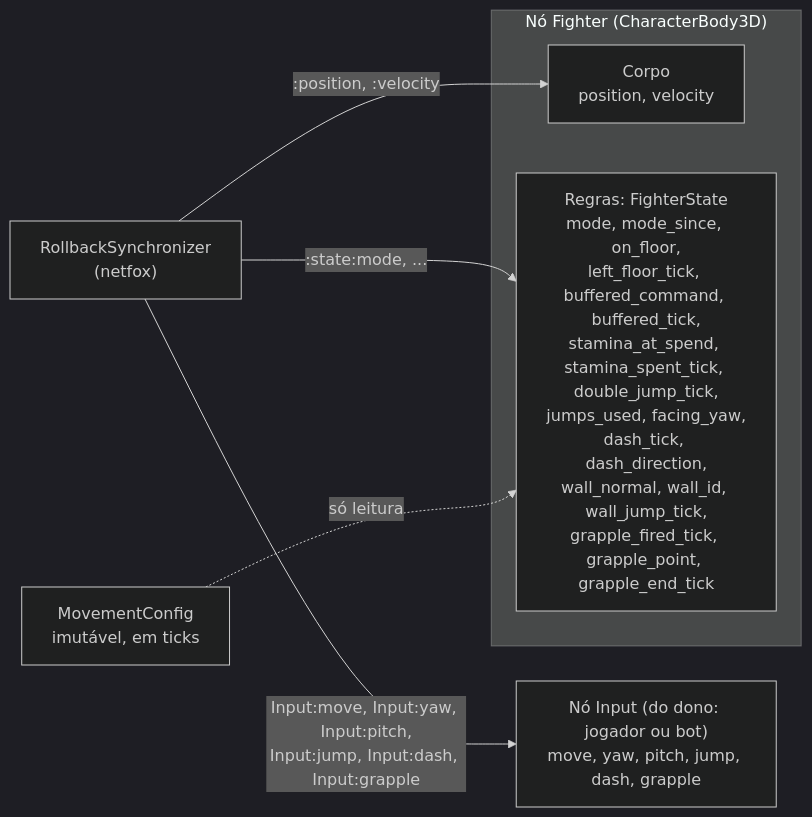
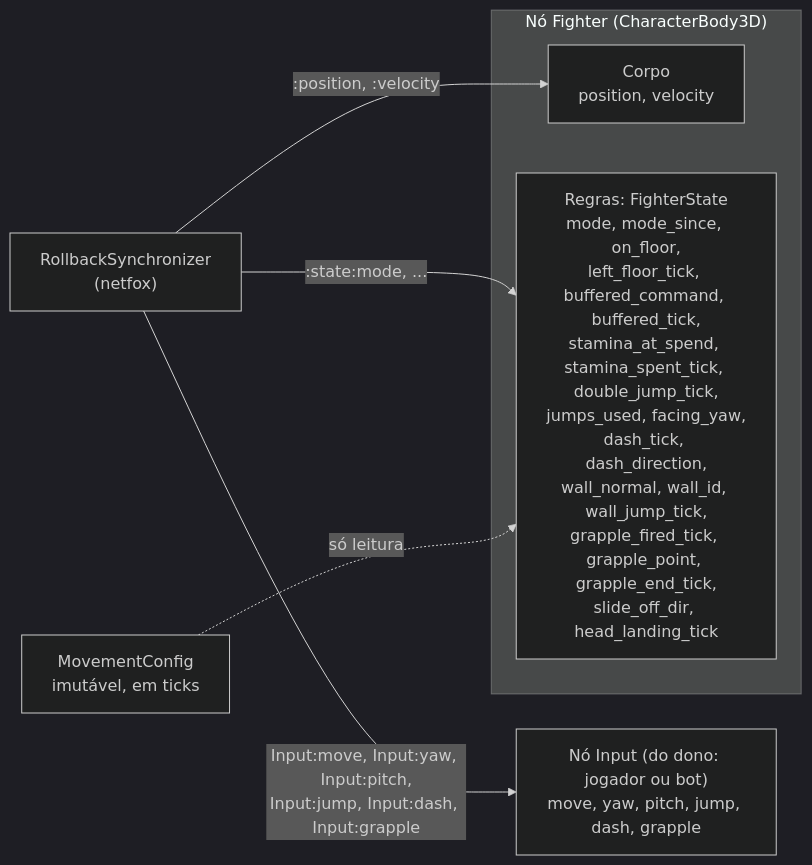
Before and after one commit to Kibryant/jogo-acrobatico: the second of 5 diagrams in docs/arquitetura/visao-geral.md, drawn with Mermaid (dark theme). The commit also changed other lines of this file and 24 other files, not shown here.

````diff
--- a/docs/arquitetura/visao-geral.md
+++ b/docs/arquitetura/visao-geral.md
@@ -76,14 +76,14 @@
 ```mermaid
 flowchart LR
   subgraph fighter["Nó Fighter (CharacterBody3D)"]
     corpo["Corpo<br/>position, velocity"]
-    regras["Regras: FighterState<br/>mode, mode_since, on_floor,<br/>left_floor_tick, buffered_command, buffered_tick,<br/>stamina_at_spend, stamina_spent_tick, double_jump_tick,<br/>jumps_used, facing_yaw,<br/>dash_tick, dash_direction,<br/>wall_normal, wall_id, wall_jump_tick,<br/>grapple_fired_tick, grapple_point, grapple_end_tick"]
+    regras["Regras: FighterState<br/>mode, mode_since, on_floor,<br/>left_floor_tick, buffered_command, buffered_tick,<br/>stamina_at_spend, stamina_spent_tick, double_jump_tick,<br/>jumps_used, facing_yaw,<br/>dash_tick, dash_direction,<br/>wall_normal, wall_id, wall_jump_tick,<br/>grapple_fired_tick, grapple_point, grapple_end_tick,<br/>slide_off_dir, head_landing_tick"]
   end
   input["Nó Input (do dono: jogador ou bot)<br/>move, yaw, pitch, jump, dash, grapple"]
   config["MovementConfig<br/>imutável, em ticks"]
   rbs["RollbackSynchronizer<br/>(netfox)"]
   rbs -- ":position, :velocity" --> corpo
   rbs -- ":state:mode, ..." --> regras
   rbs -- "Input:move, Input:yaw, Input:pitch,<br/>Input:jump, Input:dash, Input:grapple" --> input
   config -. "só leitura" .-> regras
 ```
````
